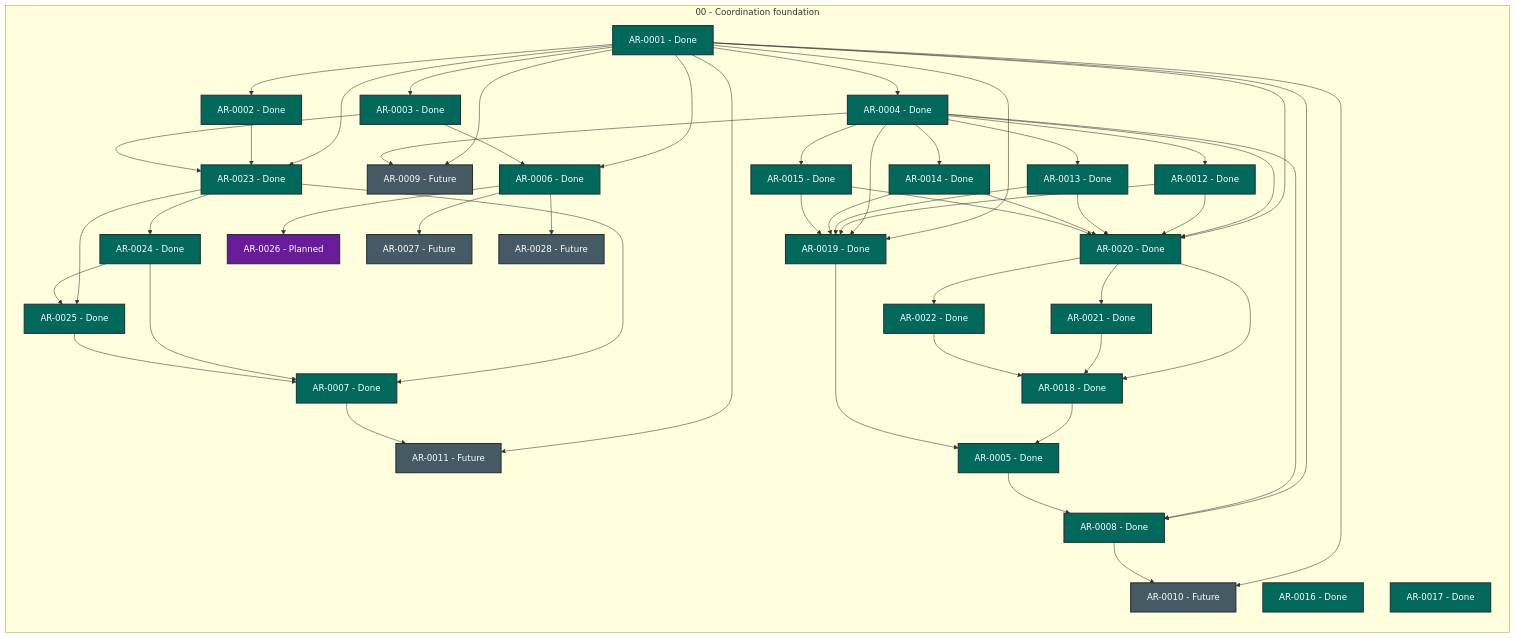
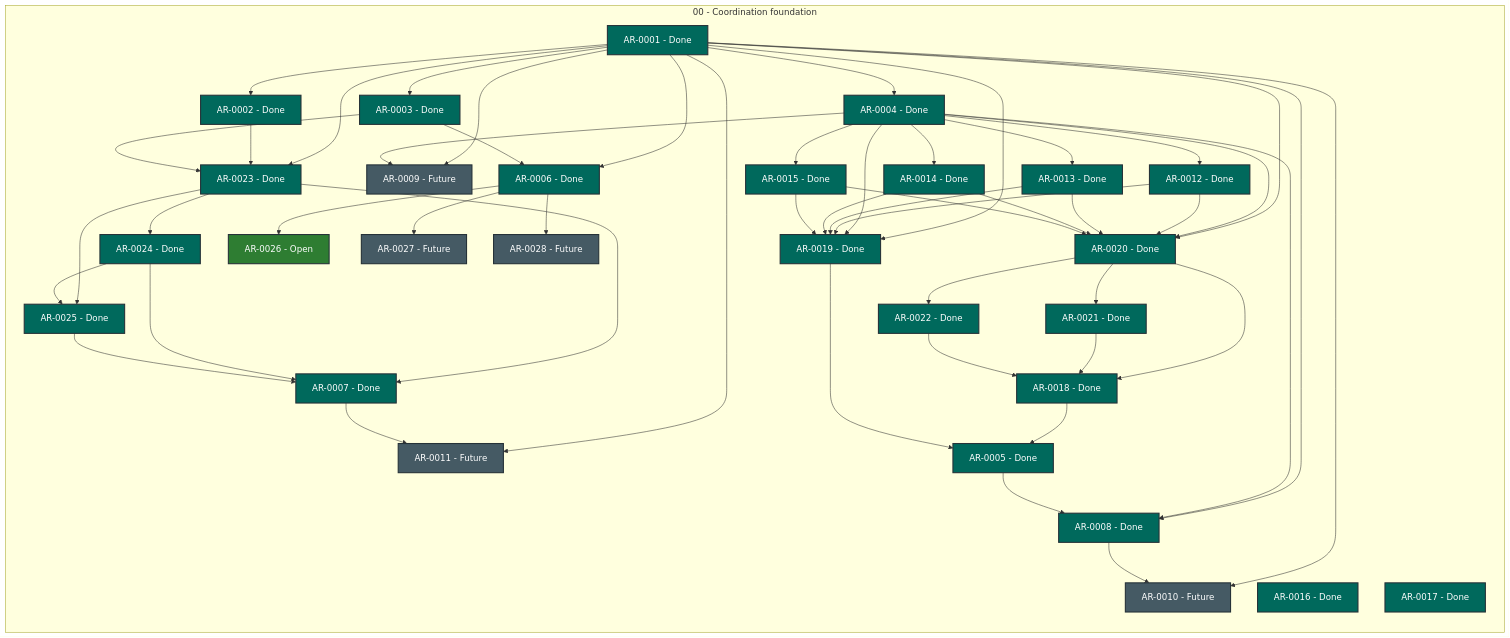
Before and after one commit to martin-beck/agent-workflow-quality-state: the diagram in STATUS.md, drawn with Mermaid. The commit also changed other lines of this file and 2 other files, not shown here.

```diff
--- a/STATUS.md
+++ b/STATUS.md
@@ -53,7 +53,7 @@
         AR_0023["AR-0023 - Done"]:::status_done
         AR_0024["AR-0024 - Done"]:::status_done
         AR_0025["AR-0025 - Done"]:::status_done
-        AR_0026["AR-0026 - Planned"]:::status_planned
+        AR_0026["AR-0026 - Open"]:::status_open
         AR_0027["AR-0027 - Future"]:::status_future
         AR_0028["AR-0028 - Future"]:::status_future
     end
```
